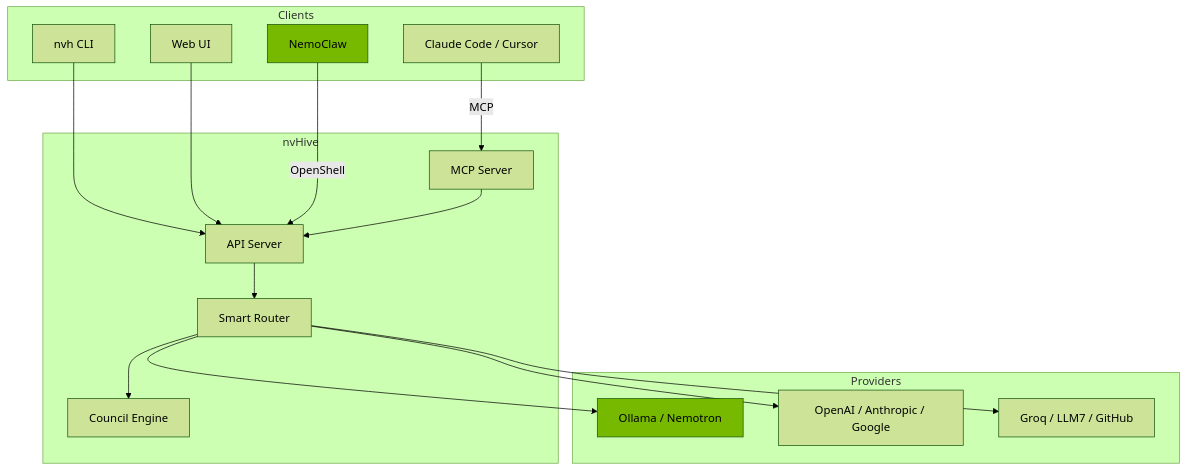
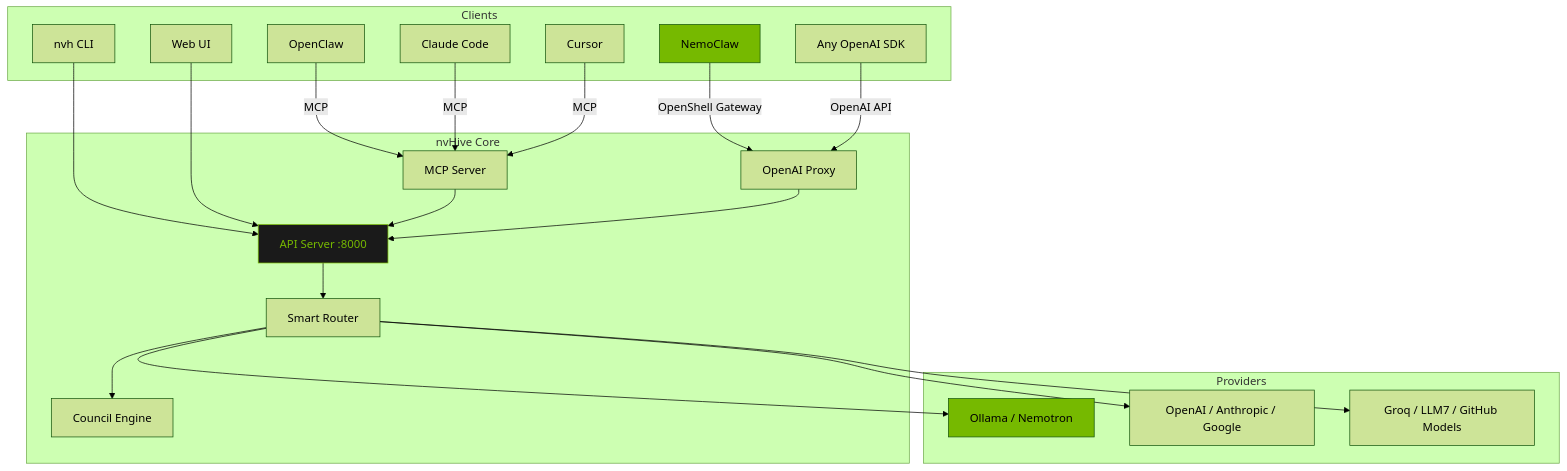
Before and after one commit to thatcooperguy/nvHive: the fourth of 4 diagrams in README.md, drawn with Mermaid (forest theme). The commit also changed other lines of this file, not shown here.

````diff
--- a/README.md
+++ b/README.md
@@ -185,32 +196,44 @@
 ```mermaid
 graph TB
     subgraph Clients
         CLI[nvh CLI]
         WEB[Web UI]
         NC[NemoClaw]
-        CC[Claude Code / Cursor]
+        OC[OpenClaw]
+        CC[Claude Code]
+        CU[Cursor]
+        SDK[Any OpenAI SDK]
     end
-    subgraph nvHive
-        API[API Server]
+    subgraph "nvHive Core"
+        API[API Server :8000]
         MCP[MCP Server]
+        PROXY[OpenAI Proxy]
         ROUTER[Smart Router]
         COUNCIL[Council Engine]
     end
     subgraph Providers
         LOCAL[Ollama / Nemotron]
         CLOUD[OpenAI / Anthropic / Google]
-        FREE[Groq / LLM7 / GitHub]
+        FREE[Groq / LLM7 / GitHub Models]
     end
+
     CLI --> API
     WEB --> API
-    NC -->|OpenShell| API
+    NC -->|OpenShell Gateway| PROXY
+    OC -->|MCP| MCP
     CC -->|MCP| MCP
+    CU -->|MCP| MCP
+    SDK -->|OpenAI API| PROXY
+
     MCP --> API
+    PROXY --> API
     API --> ROUTER
+    ROUTER --> COUNCIL
     ROUTER --> LOCAL
     ROUTER --> CLOUD
     ROUTER --> FREE
-    ROUTER --> COUNCIL
+
     style LOCAL fill:#76B900,color:#000
     style NC fill:#76B900,color:#000
+    style API fill:#1a1a1a,color:#76B900,stroke:#76B900
 ```
````
